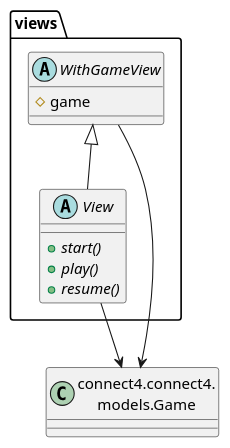
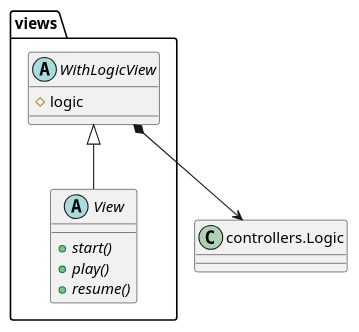
Before and after one commit to js-rom/connect4: the diagram in connect4/Docs/diagrams/src/packages/connect4.connect4.views.plantuml, drawn with PlantUML. The commit also changed 12 other files, not shown here.

```diff
--- a/connect4/Docs/diagrams/src/packages/connect4.connect4.views.plantuml
+++ b/connect4/Docs/diagrams/src/packages/connect4.connect4.views.plantuml
@@ -1,18 +1,17 @@
 @startuml connect4.connect4.views
 
-abstract class views.WithGameView
+abstract class views.WithLogicView
 abstract class views.View
-class Game as "connect4.connect4.\nmodels.Game"
+class Logic as "controllers.Logic"
 
-WithGameView <|-- View
-WithGameView --> Game
-View --> Game
+WithLogicView *--> Logic
+WithLogicView <|-- View
 
+WithLogicView : #logic
 
-WithGameView : #game
 View : {abstract} +start()
 View : {abstract} +play()
 View : {abstract} +resume()
 
 
 @enduml
```
